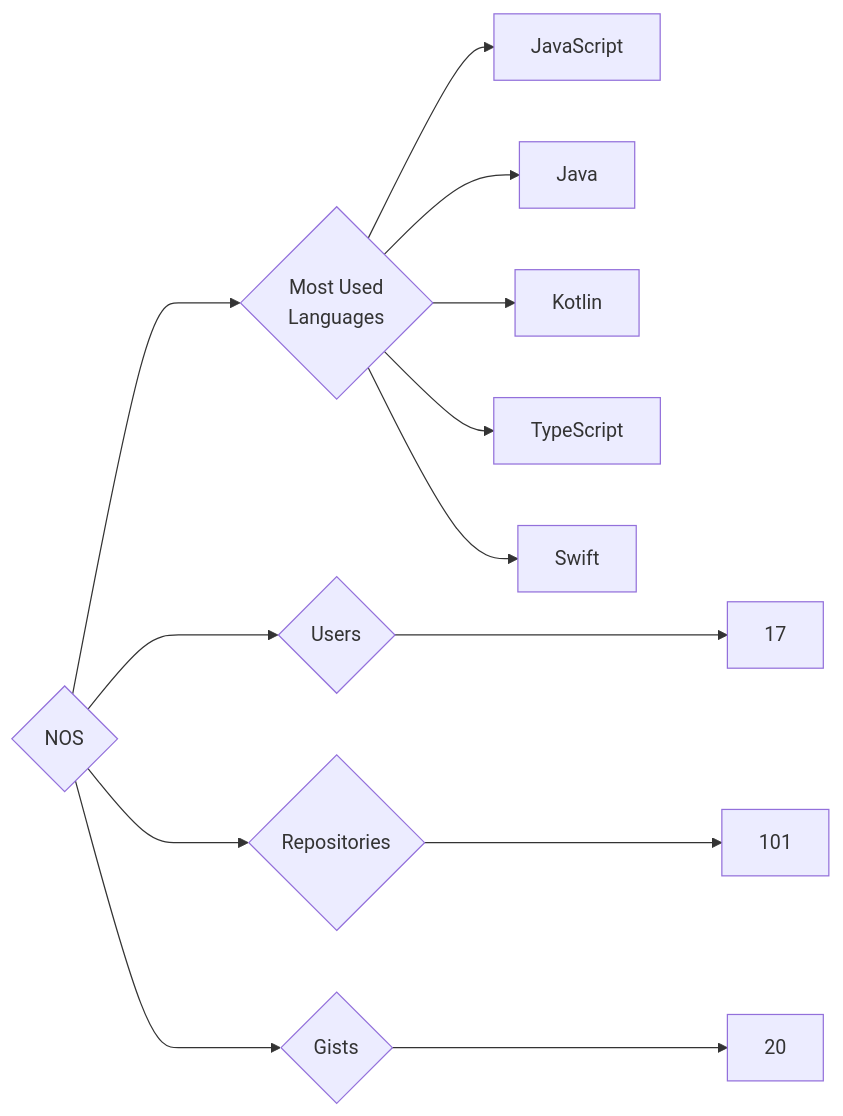
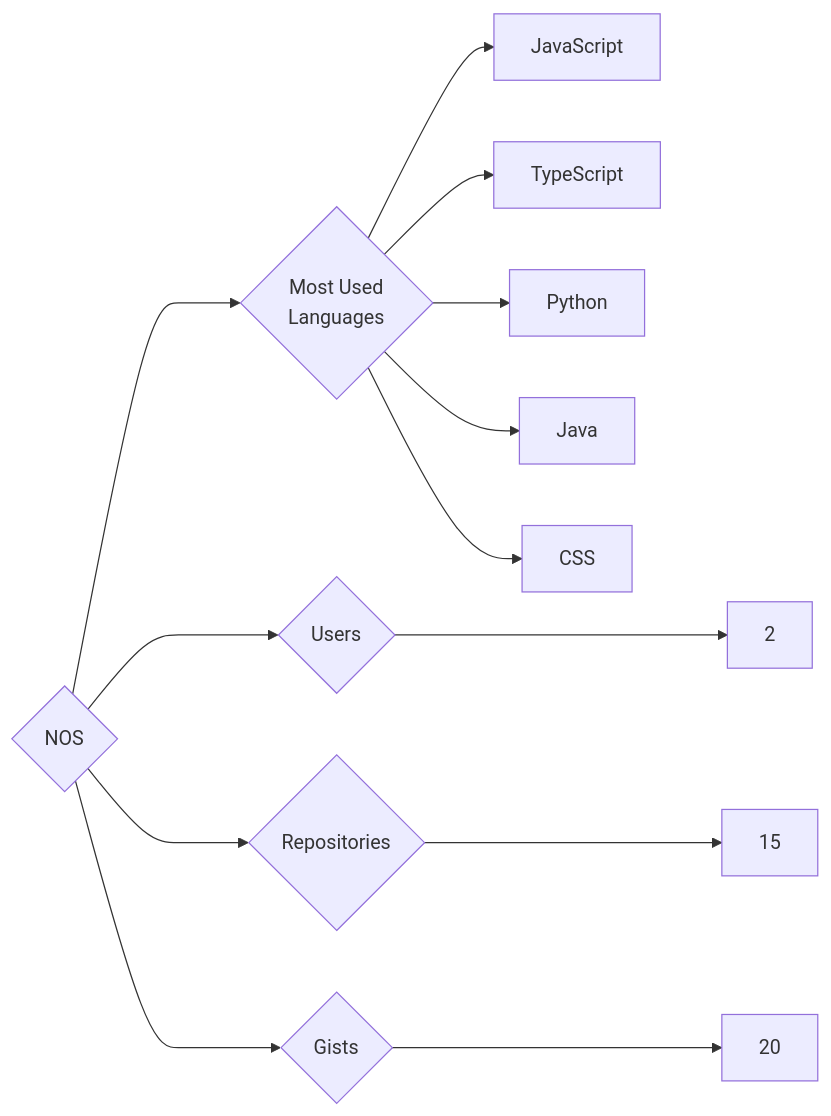
One commit to trickest/insiders changed the diagram in targets/NOS/README.md. Above: the diagram before and after it, drawn with Mermaid. The commit also changed 806 other files, not shown here.

````diff
--- a/targets/NOS/README.md
+++ b/targets/NOS/README.md
@@ -3,13 +3,13 @@
 ```mermaid
 graph LR
 COMPANY_NAME{NOS}
-COMPANY_NAME ---> U{Users} ---> UN[17]
-COMPANY_NAME ---> R{Repositories} ---> RN[101]
+COMPANY_NAME ---> U{Users} ---> UN[2]
+COMPANY_NAME ---> R{Repositories} ---> RN[15]
 COMPANY_NAME ---> G{Gists} ---> GN[20]
 COMPANY_NAME ---> ML{Most Used<br>Languages}
 ML --> JavaScript[JavaScript]
+ML --> TypeScript[TypeScript]
+ML --> Python[Python]
 ML --> Java[Java]
-ML --> Kotlin[Kotlin]
-ML --> TypeScript[TypeScript]
-ML --> Swift[Swift]
+ML --> CSS[CSS]
 ```
````
